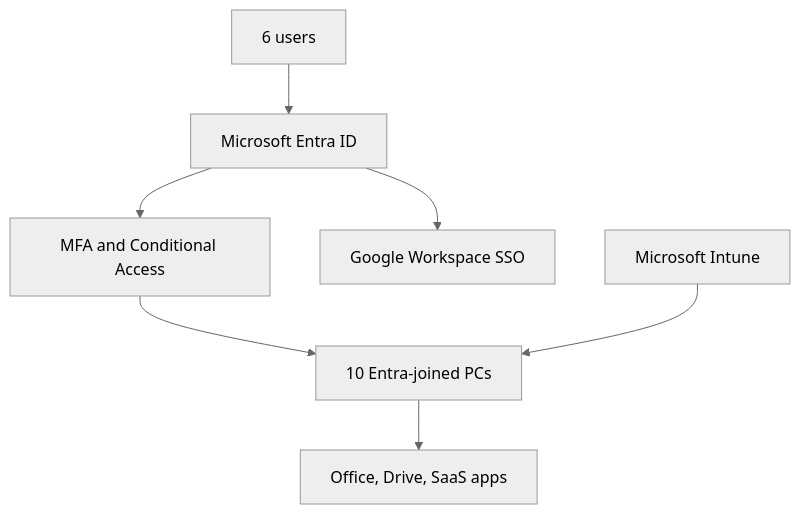
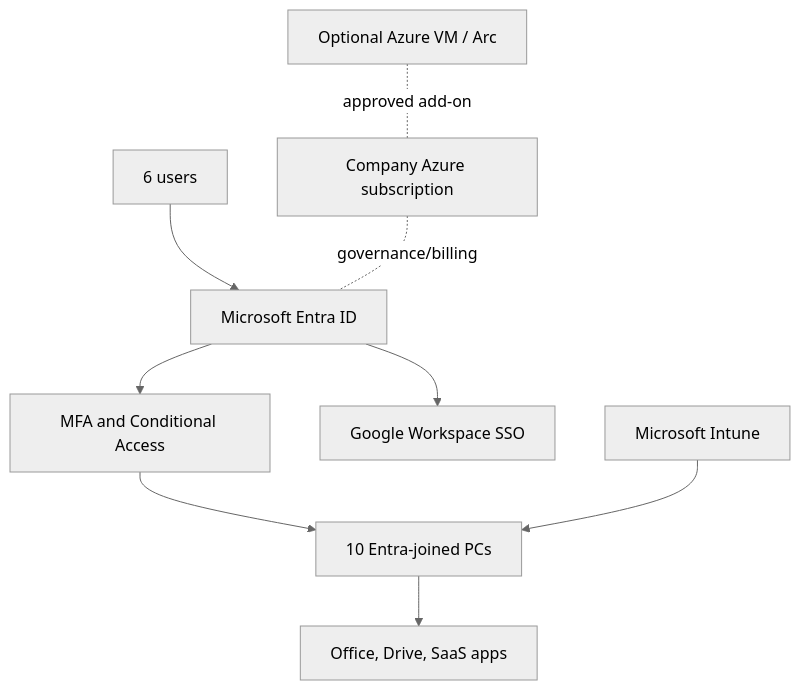
One commit to andyxuan2010/cloud-migration-demo changed the first of 3 diagrams in cloud_identity_migration_options.md. Above: the diagram before and after it, drawn with Mermaid (neutral theme). The commit also changed other lines of this file and 1 other file, not shown here.

````diff
--- a/cloud_identity_migration_options.md
+++ b/cloud_identity_migration_options.md
@@ -155,9 +167,11 @@
 ```mermaid
 flowchart TD
     U["6 users"] --> E["Microsoft Entra ID"]
     E --> P["MFA and Conditional Access"]
     E --> G["Google Workspace SSO"]
     P --> D["10 Entra-joined PCs"]
     I["Microsoft Intune"] --> D
     D --> A["Office, Drive, SaaS apps"]
+    AZ["Company Azure subscription"] -. "governance/billing" .- E
+    O["Optional Azure VM / Arc"] -. "approved add-on" .- AZ
 ```
````
